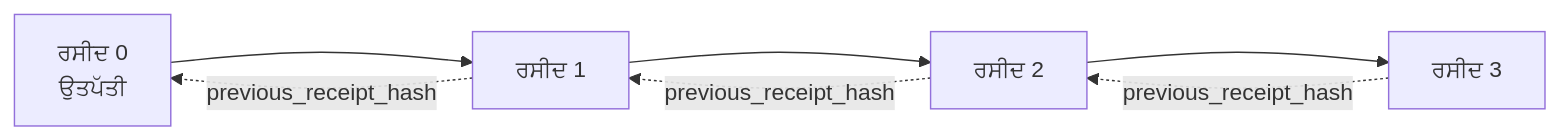
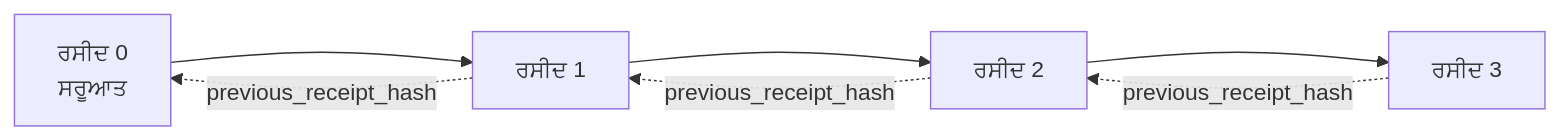
The second of 2 diagrams in mirrors/repos/microsoft@ai-agents-for-beginners/translations/pa/18-securing-ai-agents/README.md (gabrielmoreira/agent-skills-mirror), drawn with Mermaid before and after one commit. The commit also changed other lines of this file and 8886 other files, not shown here.

````diff
--- a/mirrors/repos/microsoft@ai-agents-for-beginners/translations/pa/18-securing-ai-agents/README.md
+++ b/mirrors/repos/microsoft@ai-agents-for-beginners/translations/pa/18-securing-ai-agents/README.md
@@ -206,9 +206,9 @@
 ```mermaid
 flowchart LR
-    R0[ਰਸੀਦ 0<br/>ਉਤਪੱਤੀ] --> R1[ਰਸੀਦ 1]
+    R0[ਰਸੀਦ 0<br/>ਸਰੂਆਤ] --> R1[ਰਸੀਦ 1]
     R1 --> R2[ਰਸੀਦ 2]
     R2 --> R3[ਰਸੀਦ 3]
     R1 -. previous_receipt_hash .-> R0
     R2 -. previous_receipt_hash .-> R1
     R3 -. previous_receipt_hash .-> R2
 ```
````
